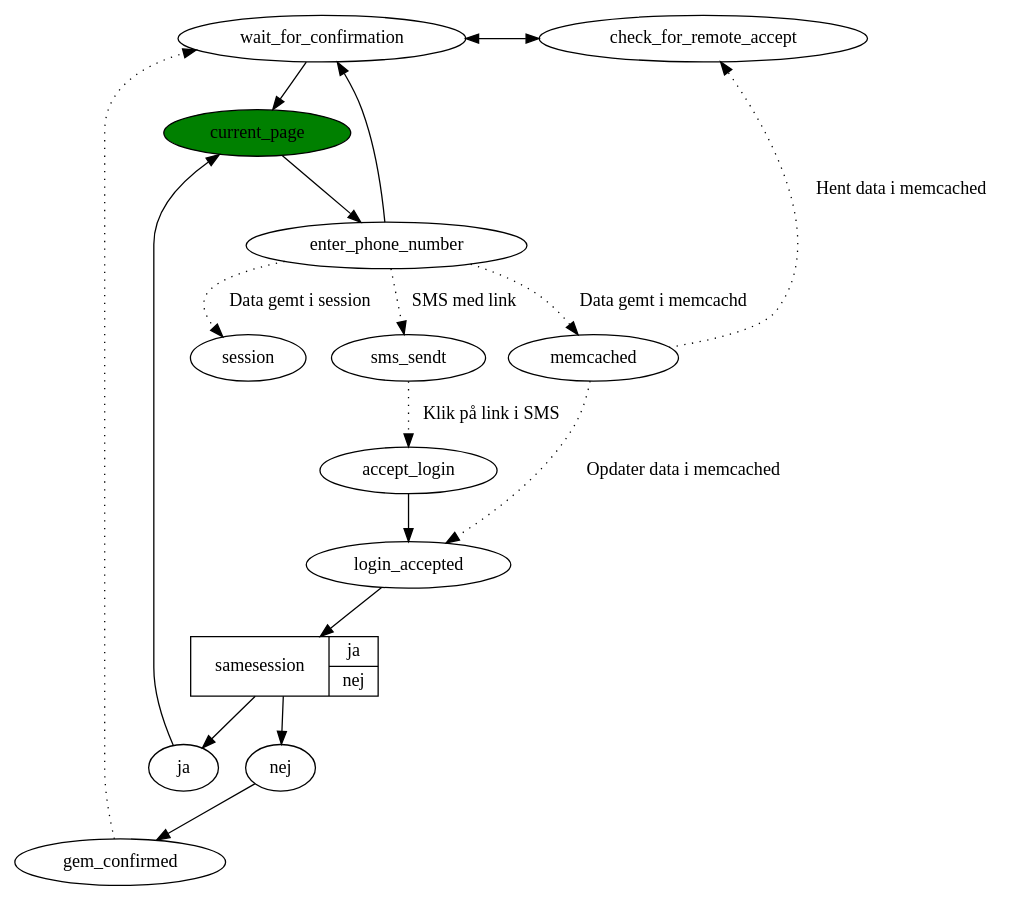
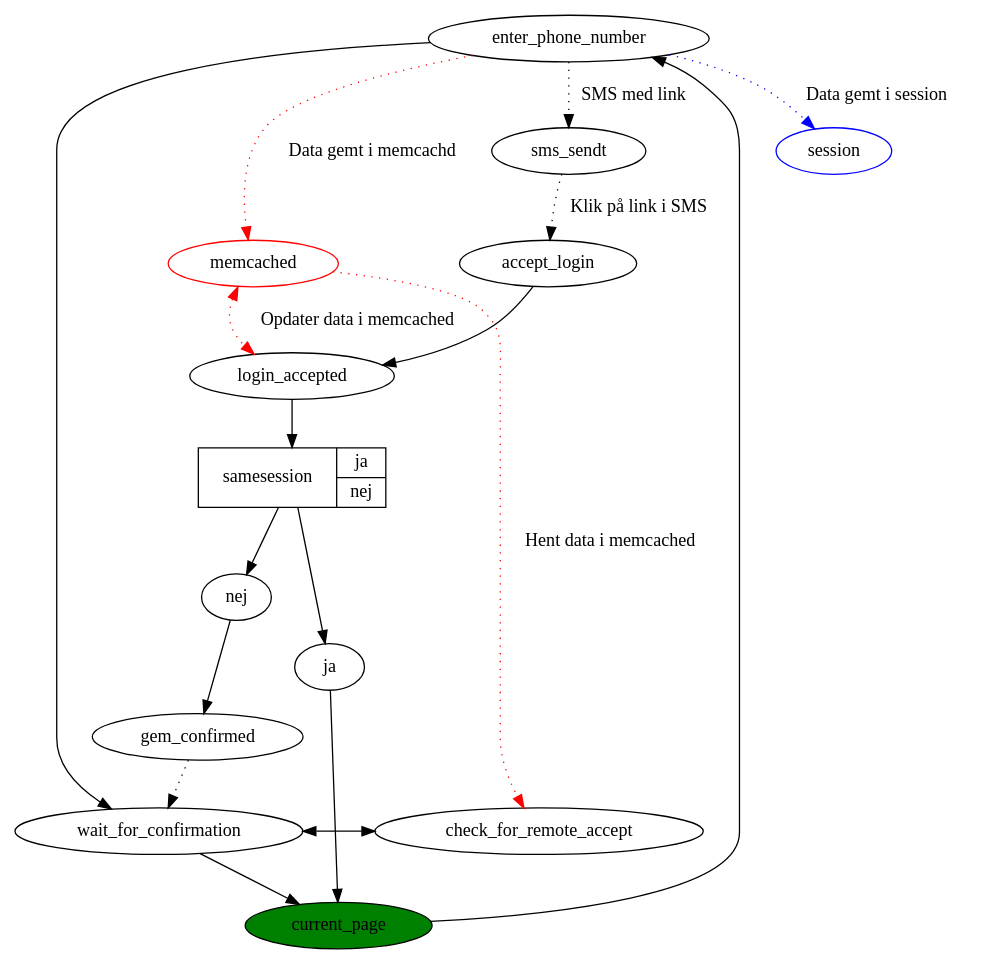
The diagram in projekter/sms-login.dot (alslug/alslug.dk), drawn with Graphviz before and after one commit.

```diff
--- a/projekter/sms-login.dot
+++ b/projekter/sms-login.dot
@@ -1,44 +1,49 @@
 digraph xxx {
+  {
+    edge [ color=red style=dotted ];
+////////////////////////////////////////////////////////////////////////////////////////////
+    enter_phone_number -> memcached [ label="Data gemt i memcachd"]; /////
+                          memcached [ color = red ];
+                          memcached -> check_for_remote_accept [ label = "Hent data i memcached"];
+                          memcached -> login_accepted [ label = "Opdater data i memcached" dir=both ];
+////////////////////////////////////////////////////////////////////////////////////////////
+  }
+  {
+    edge [ color=blue style=dotted ];
+////////////////////////////////////////////////////////////////////////////////////////////
+        enter_phone_number -> session [ label="Data gemt i session"];    /////
+                          session [ color = blue ];
+////////////////////////////////////////////////////////////////////////////////////////////
+  }
   {
     rank = same;
     wait_for_confirmation; check_for_remote_accept;
 ////////////////////////////////////////////////////////////////////////////////////////////
               wait_for_confirmation -> check_for_remote_accept [ dir=both ];           /////
 ////////////////////////////////////////////////////////////////////////////////////////////
   }
   same_session [ shape=record label="samesession|{<ja> ja|<nej> nej}" ];
   current_page [ style=filled fillcolor=green ];
   current_page ->
         enter_phone_number ->
               wait_for_confirmation ->
                     current_page;
 ////////////////////////////////////////////////////////////////////////////////////////////
         enter_phone_number -> sms_sendt [ style= dotted label="SMS med link"];         /////
 ////////////////////////////////////////////////////////////////////////////////////////////
-  {
-    edge [style=dotted];
-////////////////////////////////////////////////////////////////////////////////////////////
-        enter_phone_number -> memcached [ label="Data gemt i memcachd"]; /////
-        memcached -> check_for_remote_accept [ label = "Hent data i memcached"];
-        memcached -> login_accepted [ label = "Opdater data i memcached"];
-////////////////////////////////////////////////////////////////////////////////////////////
-////////////////////////////////////////////////////////////////////////////////////////////
-        enter_phone_number -> session [ label="Data gemt i session"];    /////
-////////////////////////////////////////////////////////////////////////////////////////////
-}
   sms_sendt ->
         accept_login [ style=dotted label="Klik på link i SMS" ];
         accept_login ->
               login_accepted->
                     same_session;
 
                     same_session -> {ja,nej};
                           ja ->
                                 current_page;
                           nej ->
                                 gem_confirmed;
 ////////////////////////////////////////////////////////////////////////////////////////////
                                 gem_confirmed ->                                       /////
                                       wait_for_confirmation [ style=dotted ];          /////
 ////////////////////////////////////////////////////////////////////////////////////////////
 }
```
